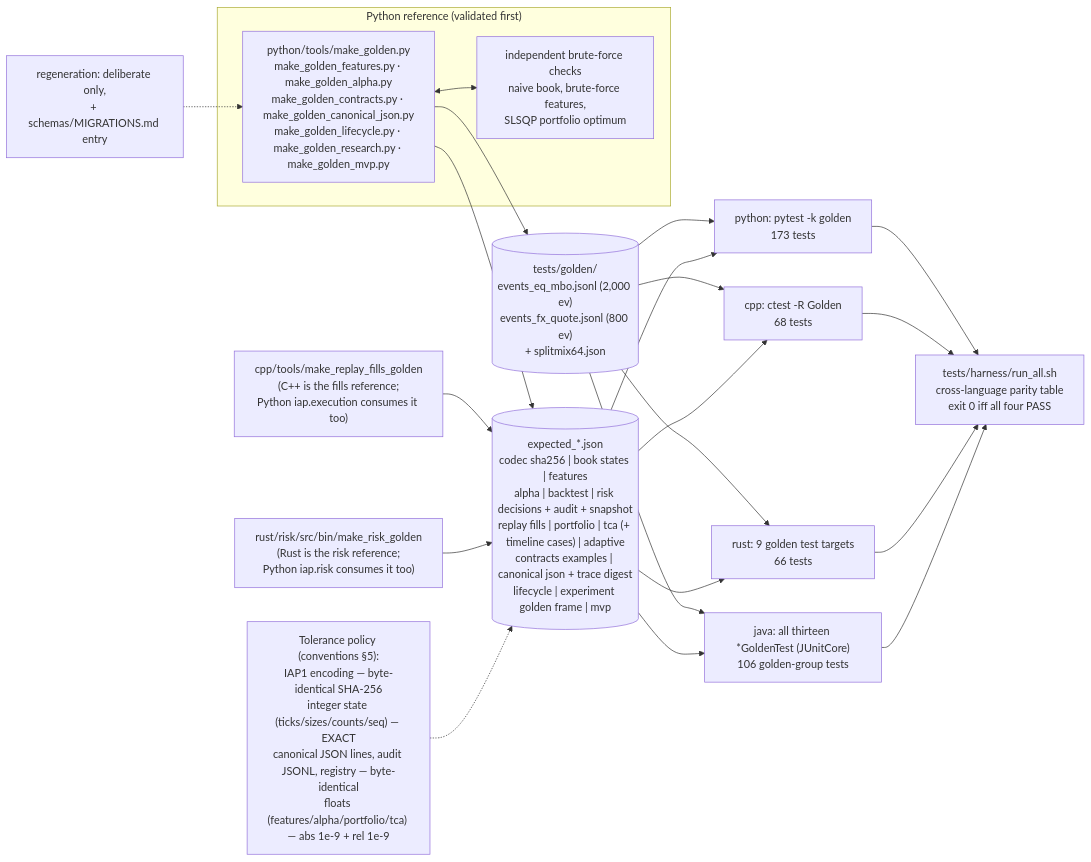
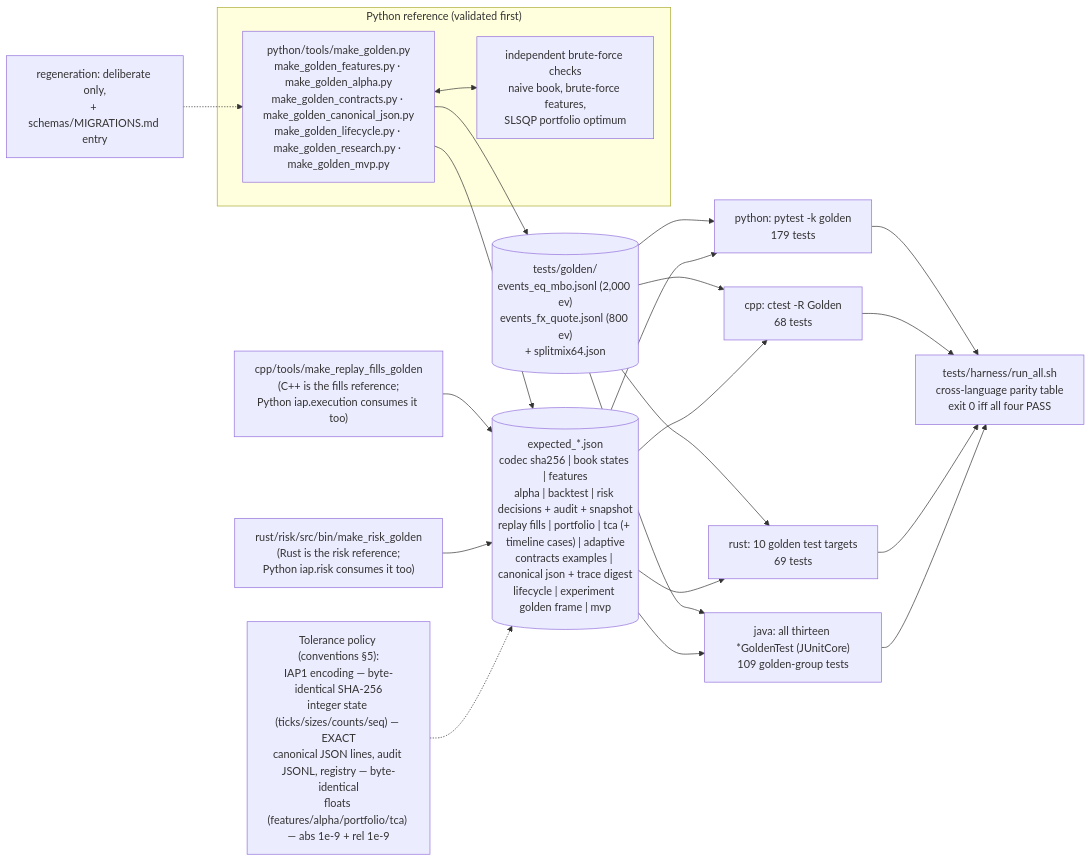
Before and after one commit to AshJha0/intraday-alpha-platform: the diagram in docs/diagrams/golden_topology.mmd, drawn with Mermaid. The commit also changed 140 other files, not shown here.

First line of the commit message:
test(risk): differential fuzzing of the Rust, Java and Python risk engines

```diff
--- a/docs/diagrams/golden_topology.mmd
+++ b/docs/diagrams/golden_topology.mmd
@@ -1,24 +1,24 @@
 flowchart LR
     subgraph REF["Python reference (validated first)"]
         MG["python/tools/make_golden.py<br/>make_golden_features.py · make_golden_alpha.py<br/>make_golden_contracts.py · make_golden_canonical_json.py<br/>make_golden_lifecycle.py · make_golden_research.py · make_golden_mvp.py"]
         BF["independent brute-force checks<br/>naive book, brute-force features,<br/>SLSQP portfolio optimum"]
         MG <--> BF
     end
     MG --> GV[("tests/golden/<br/>events_eq_mbo.jsonl (2,000 ev)<br/>events_fx_quote.jsonl (800 ev)<br/>+ splitmix64.json")]
     MG --> EXP[("expected_*.json<br/>codec sha256 | book states | features<br/>alpha | backtest | risk decisions + audit + snapshot<br/>replay fills | portfolio | tca (+ timeline cases) | adaptive<br/>contracts examples | canonical json + trace digest<br/>lifecycle | experiment golden frame | mvp")]
     CPPTOOL["cpp/tools/make_replay_fills_golden<br/>(C++ is the fills reference;<br/>Python iap.execution consumes it too)"] --> EXP
     RSTOOL["rust/risk/src/bin/make_risk_golden<br/>(Rust is the risk reference;<br/>Python iap.risk consumes it too)"] --> EXP
-    GV --> PY["python: pytest -k golden<br/>173 tests"]
+    GV --> PY["python: pytest -k golden<br/>179 tests"]
     GV --> CPP["cpp: ctest -R Golden<br/>68 tests"]
-    GV --> RS["rust: 9 golden test targets<br/>66 tests"]
-    GV --> JV["java: all thirteen *GoldenTest (JUnitCore)<br/>106 golden-group tests"]
+    GV --> RS["rust: 10 golden test targets<br/>69 tests"]
+    GV --> JV["java: all thirteen *GoldenTest (JUnitCore)<br/>109 golden-group tests"]
     EXP --> PY
     EXP --> CPP
     EXP --> RS
     EXP --> JV
     PY --> TAB["tests/harness/run_all.sh<br/>cross-language parity table<br/>exit 0 iff all four PASS"]
     CPP --> TAB
     RS --> TAB
     JV --> TAB
     TOL["Tolerance policy (conventions §5):<br/>IAP1 encoding — byte-identical SHA-256<br/>integer state (ticks/sizes/counts/seq) — EXACT<br/>canonical JSON lines, audit JSONL, registry — byte-identical<br/>floats (features/alpha/portfolio/tca) — abs 1e-9 + rel 1e-9"] -.-> EXP
     MIG["regeneration: deliberate only,<br/>+ schemas/MIGRATIONS.md entry"] -.-> MG
```
